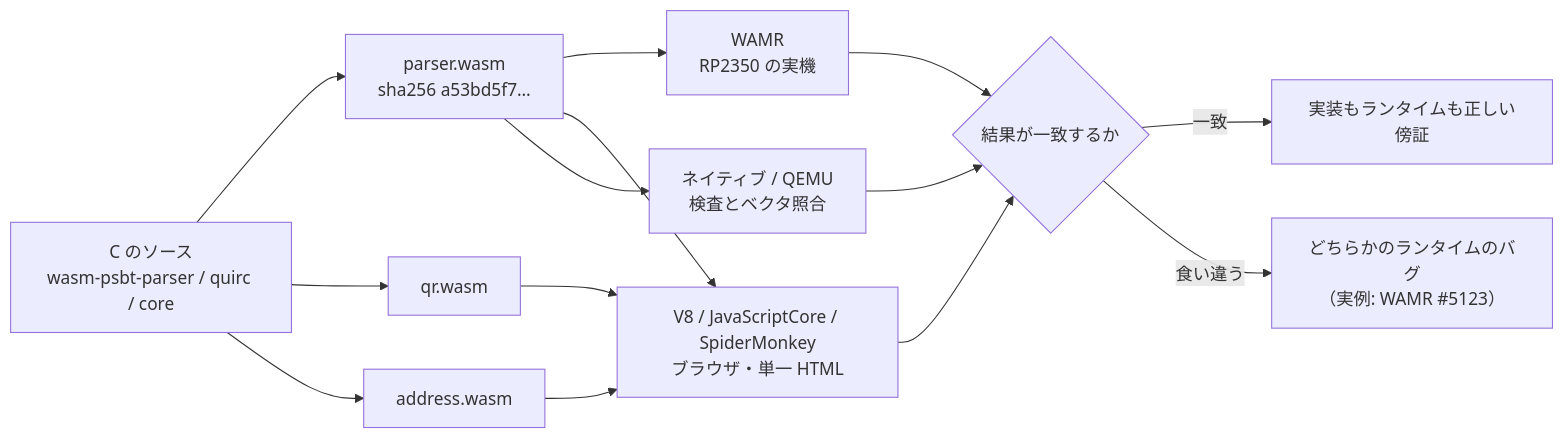
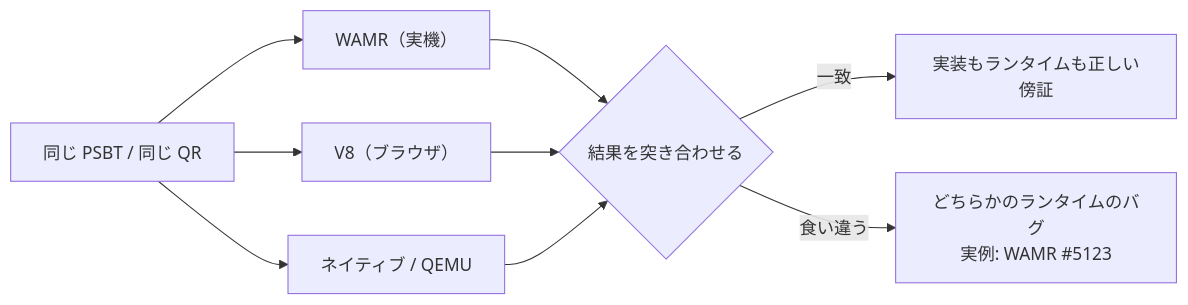
One commit to habakan/jitsu-in-pico changed the second of 4 diagrams in docs/everywhere.md. Above: the diagram before and after it, drawn with Mermaid. The commit also changed other lines of this file, not shown here.

Commit message:
docs: everywhere の図を、載せる先の広がりが伝わる形に描き直す

````diff
--- a/docs/everywhere.md
+++ b/docs/everywhere.md
@@ -27,19 +79,12 @@
 ```mermaid
 flowchart LR
-    src["C のソース<br/>wasm-psbt-parser / quirc / core"]
-    src --> w1["parser.wasm<br/>sha256 a53bd5f7…"]
-    src --> w2["qr.wasm"]
-    src --> w3["address.wasm"]
-
-    w1 --> wamr["WAMR<br/>RP2350 の実機"]
-    w1 --> v8["V8 / JavaScriptCore / SpiderMonkey<br/>ブラウザ・単一 HTML"]
-    w1 --> host["ネイティブ / QEMU<br/>検査とベクタ照合"]
-    w2 --> v8
-    w3 --> v8
-
-    wamr --> same{"結果が一致するか"}
-    v8 --> same
-    host --> same
-    same -->|"一致"| ok["実装もランタイムも正しい傍証"]
-    same -->|"食い違う"| bug["どちらかのランタイムのバグ<br/>（実例: WAMR #5123）"]
+    input["同じ PSBT / 同じ QR"]
+    input --> r1["WAMR（実機）"]
+    input --> r2["V8（ブラウザ）"]
+    input --> r3["ネイティブ / QEMU"]
+    r1 --> cmp{"結果を突き合わせる"}
+    r2 --> cmp
+    r3 --> cmp
+    cmp -->|"一致"| ok["実装もランタイムも正しい傍証"]
+    cmp -->|"食い違う"| bug["どちらかのランタイムのバグ<br/>実例: WAMR #5123"]
 ```
````
